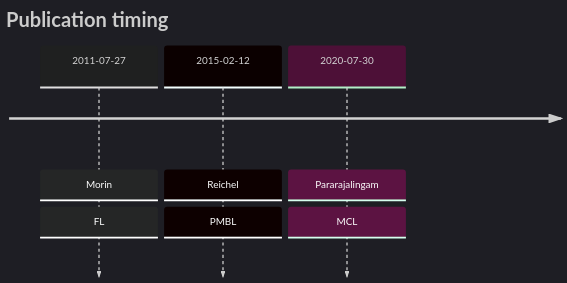
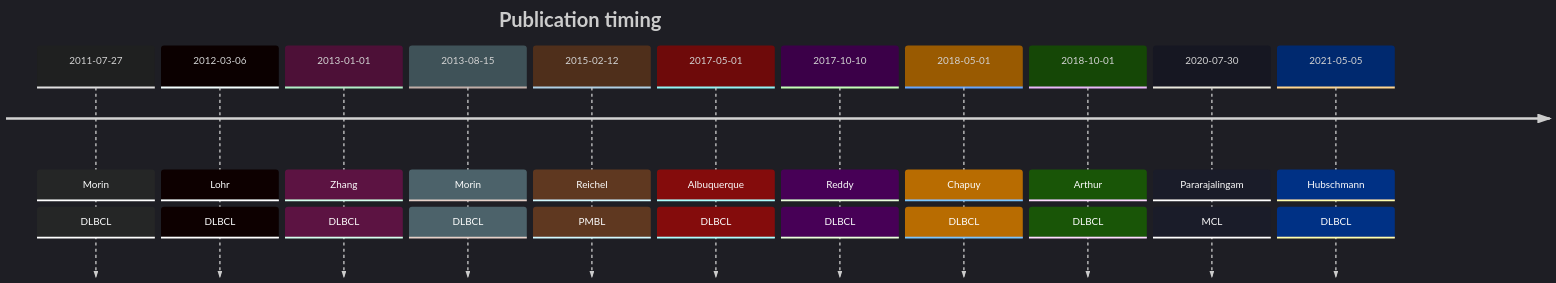
One commit to morinlab/lymphopedia changed the diagram in B2M.md. Above: the diagram before and after it, drawn with Mermaid.

````diff
--- a/B2M.md
+++ b/B2M.md
@@ -19,8 +19,16 @@
 ```mermaid
 %%{init: { 'logLevel': 'debug', 'theme': 'dark' } }%%
 timeline
     title Publication timing
-      2011-07-27 : Morin : FL
-      2015-02-12 : Reichel : PMBL
-      2020-07-30 : Pararajalingam : MCL
+      2011-07-27 : Morin : DLBCL
+2012-03-06 : Lohr : DLBCL
+2013-01-01 : Zhang : DLBCL
+2013-08-15 : Morin : DLBCL
+2015-02-12 : Reichel : PMBL
+2017-05-01 : Albuquerque : DLBCL
+2017-10-10 : Reddy : DLBCL
+2018-05-01 : Chapuy : DLBCL
+2018-10-01 : Arthur : DLBCL
+2020-07-30 : Pararajalingam : MCL
+2021-05-05 : Hubschmann : DLBCL
 ```
````
